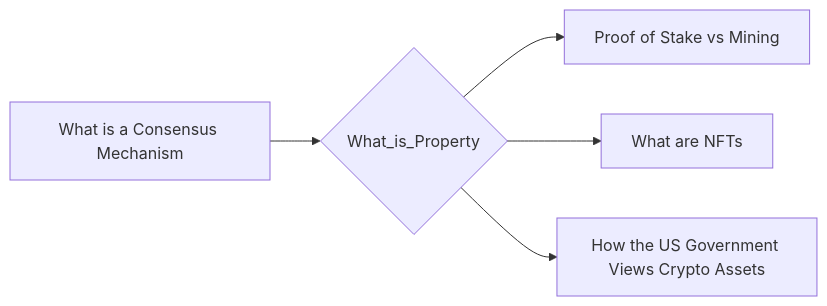
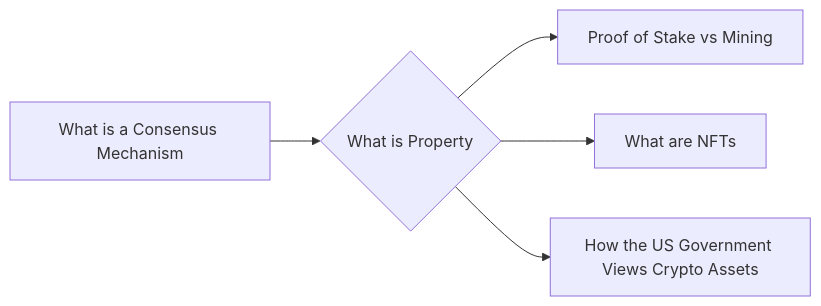
One commit to lpurdy01/crypto-knowledge-map changed the diagram in notes/What_is_Property.md. Above: the diagram before and after it, drawn with Mermaid. The commit also changed 58 other files, not shown here.

````diff
--- a/notes/What_is_Property.md
+++ b/notes/What_is_Property.md
@@ -8,7 +8,7 @@
 ```mermaid
 graph LR
-1["What is a Consensus Mechanism"]-->0{"What_is_Property"}
-0{"What_is_Property"}-->2["Proof of Stake vs Mining"]
-0{"What_is_Property"}-->3["What are NFTs"]
-0{"What_is_Property"}-->4["How the US Government Views Crypto Assets"]
+1["What is a Consensus Mechanism"]-->0{"What is Property"}
+0{"What is Property"}-->2["Proof of Stake vs Mining"]
+0{"What is Property"}-->3["What are NFTs"]
+0{"What is Property"}-->4["How the US Government Views Crypto Assets"]
 ```
````
